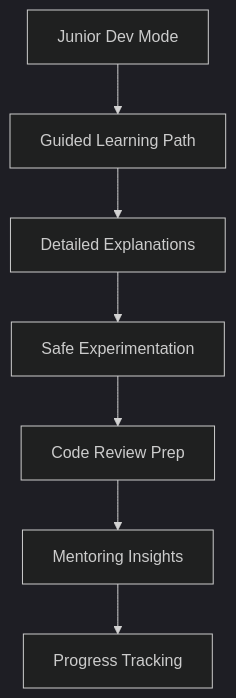
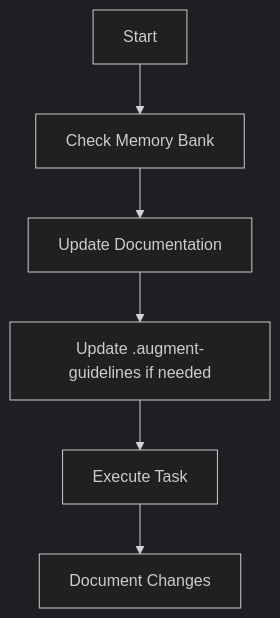
Before and after one commit to ishwar-chandra/llm-profiles-prompts: the third of 5 diagrams in augment memorybank.md, drawn with Mermaid (dark theme). The commit also changed other lines of this file, not shown here.

Commit message:
Update augment memorybank.md

````diff
--- a/augment memorybank.md
+++ b/augment memorybank.md
@@ -299,9 +84,8 @@
 ```mermaid
 flowchart TD
-    Start[Junior Dev Mode] --> Guide[Guided Learning Path]
-    Guide --> Explain[Detailed Explanations]
-    Explain --> Safe[Safe Experimentation]
-    Safe --> Review[Code Review Prep]
-    Review --> Mentor[Mentoring Insights]
-    Mentor --> Track[Progress Tracking]
+    Start[Start] --> Context[Check Memory Bank]
+    Context --> Update[Update Documentation]
+    Update --> Rules[Update .augment-guidelines if needed]
+    Rules --> Execute[Execute Task]
+    Execute --> Document[Document Changes]
 ```
````
